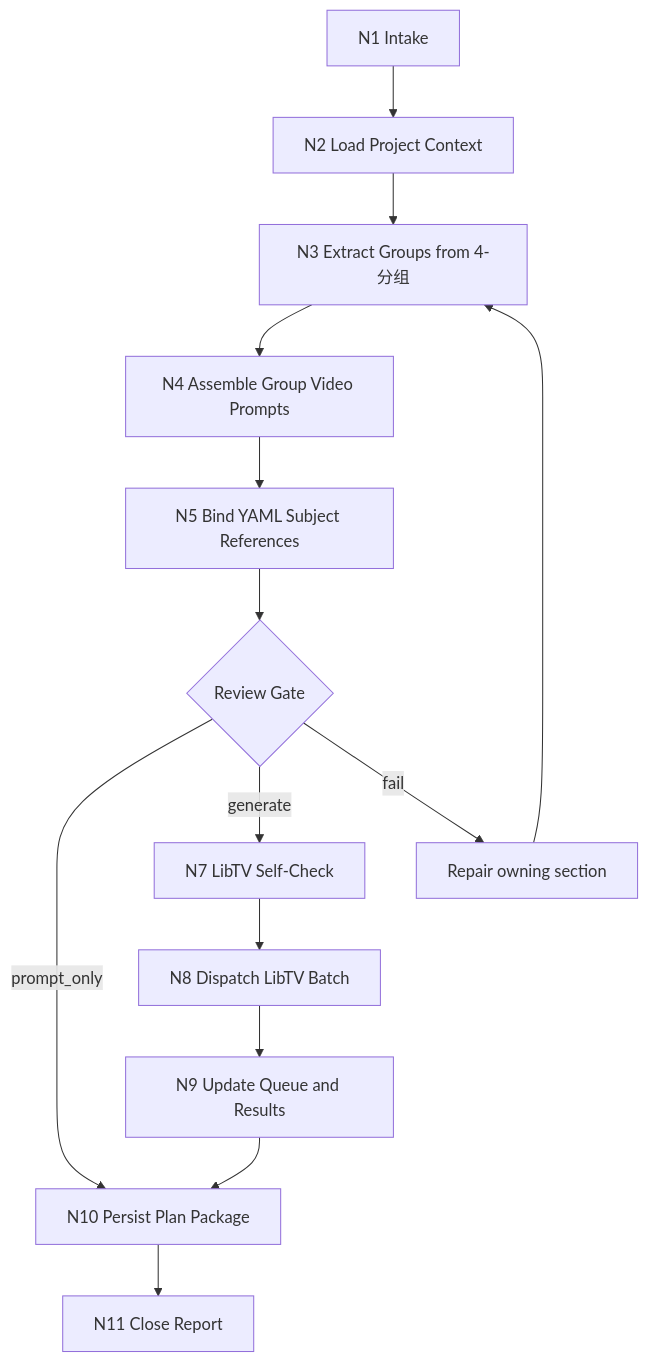
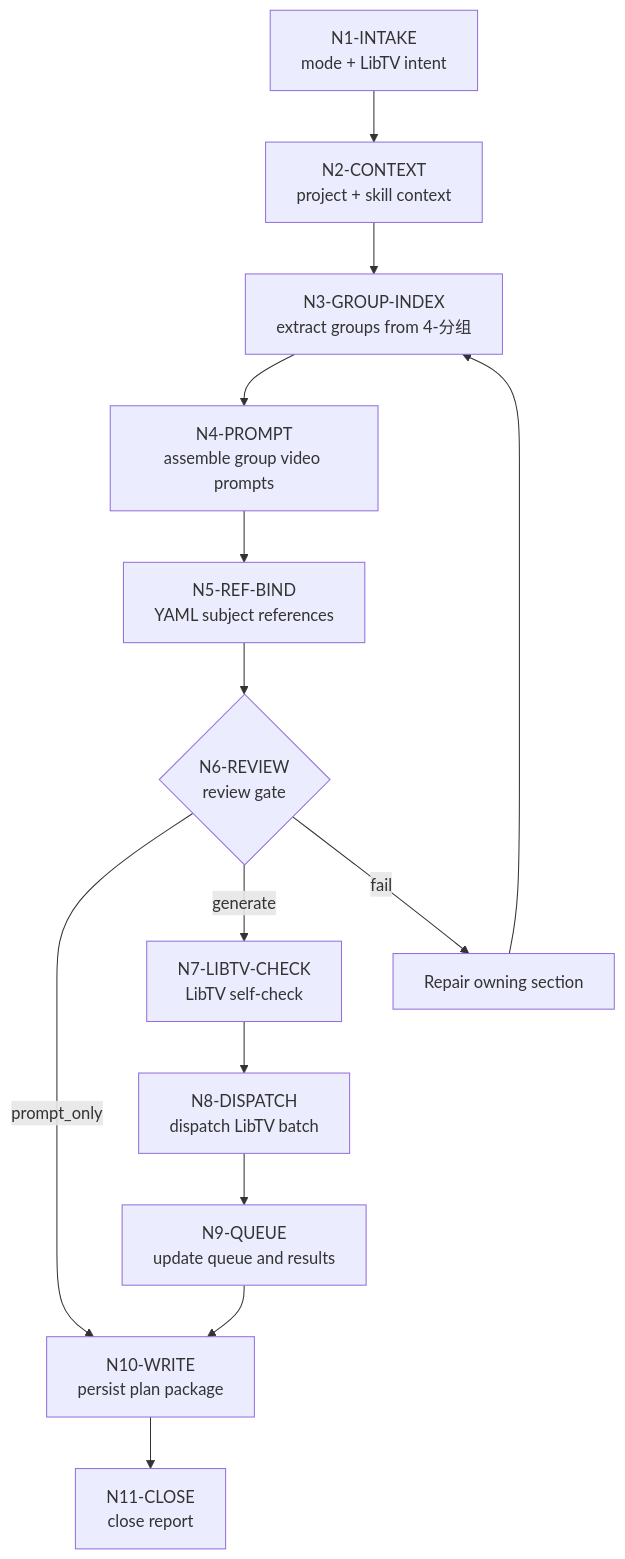
One commit to ZEN-VOID/AI-CUT changed the diagram in .agents/skills/aigc/7-视频/C-主体参照/steps/subject-reference-video-workflow.md. Above: the diagram before and after it, drawn with Mermaid. The commit also changed 41 other files, not shown here.

````diff
--- a/.agents/skills/aigc/7-视频/C-主体参照/steps/subject-reference-video-workflow.md
+++ b/.agents/skills/aigc/7-视频/C-主体参照/steps/subject-reference-video-workflow.md
@@ -7,16 +7,16 @@
 ```mermaid
 flowchart TD
-    N1["N1 Intake"] --> N2["N2 Load Project Context"]
-    N2 --> N3["N3 Extract Groups from 4-分组"]
-    N3 --> N4["N4 Assemble Group Video Prompts"]
-    N4 --> N5["N5 Bind YAML Subject References"]
-    N5 --> N6{"Review Gate"}
-    N6 -->|"prompt_only"| N10["N10 Persist Plan Package"]
-    N6 -->|"generate"| N7["N7 LibTV Self-Check"]
-    N7 --> N8["N8 Dispatch LibTV Batch"]
-    N8 --> N9["N9 Update Queue and Results"]
+    N1["N1-INTAKE<br/>mode + LibTV intent"] --> N2["N2-CONTEXT<br/>project + skill context"]
+    N2 --> N3["N3-GROUP-INDEX<br/>extract groups from 4-分组"]
+    N3 --> N4["N4-PROMPT<br/>assemble group video prompts"]
+    N4 --> N5["N5-REF-BIND<br/>YAML subject references"]
+    N5 --> N6{"N6-REVIEW<br/>review gate"}
+    N6 -->|"prompt_only"| N10["N10-WRITE<br/>persist plan package"]
+    N6 -->|"generate"| N7["N7-LIBTV-CHECK<br/>LibTV self-check"]
+    N7 --> N8["N8-DISPATCH<br/>dispatch LibTV batch"]
+    N8 --> N9["N9-QUEUE<br/>update queue and results"]
     N9 --> N10
     N6 -->|"fail"| R["Repair owning section"]
     R --> N3
-    N10 --> N11["N11 Close Report"]
+    N10 --> N11["N11-CLOSE<br/>close report"]
 ```
````
